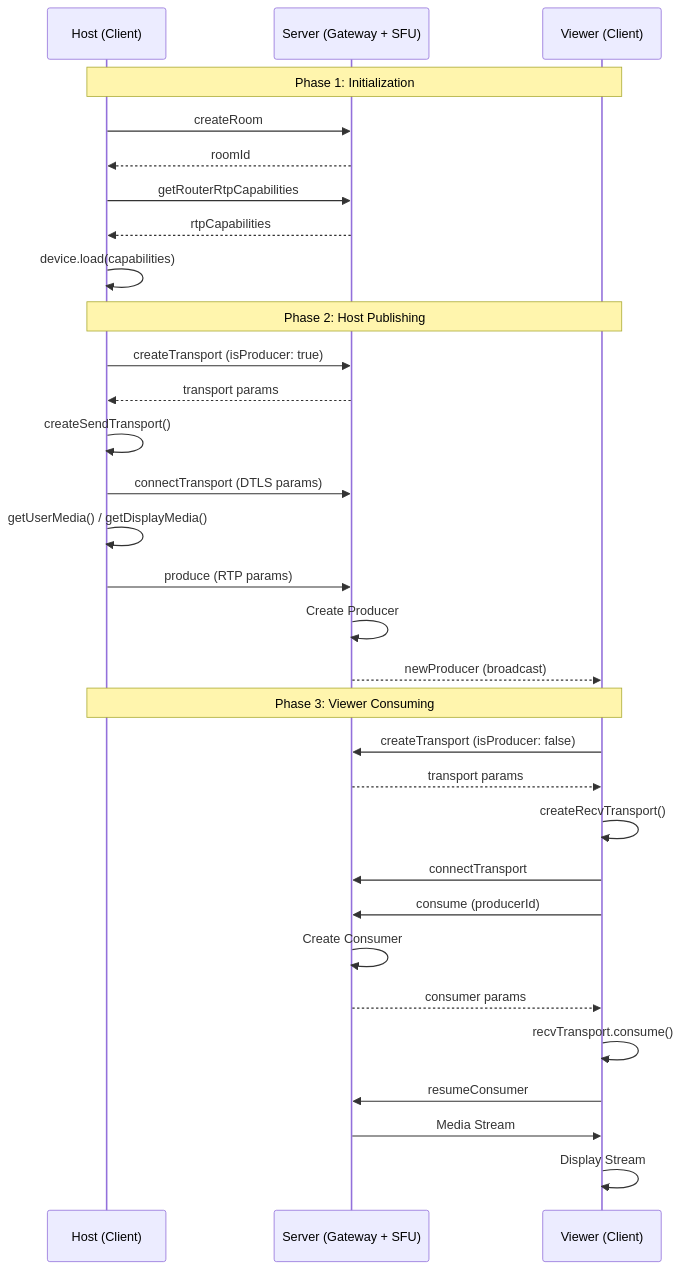
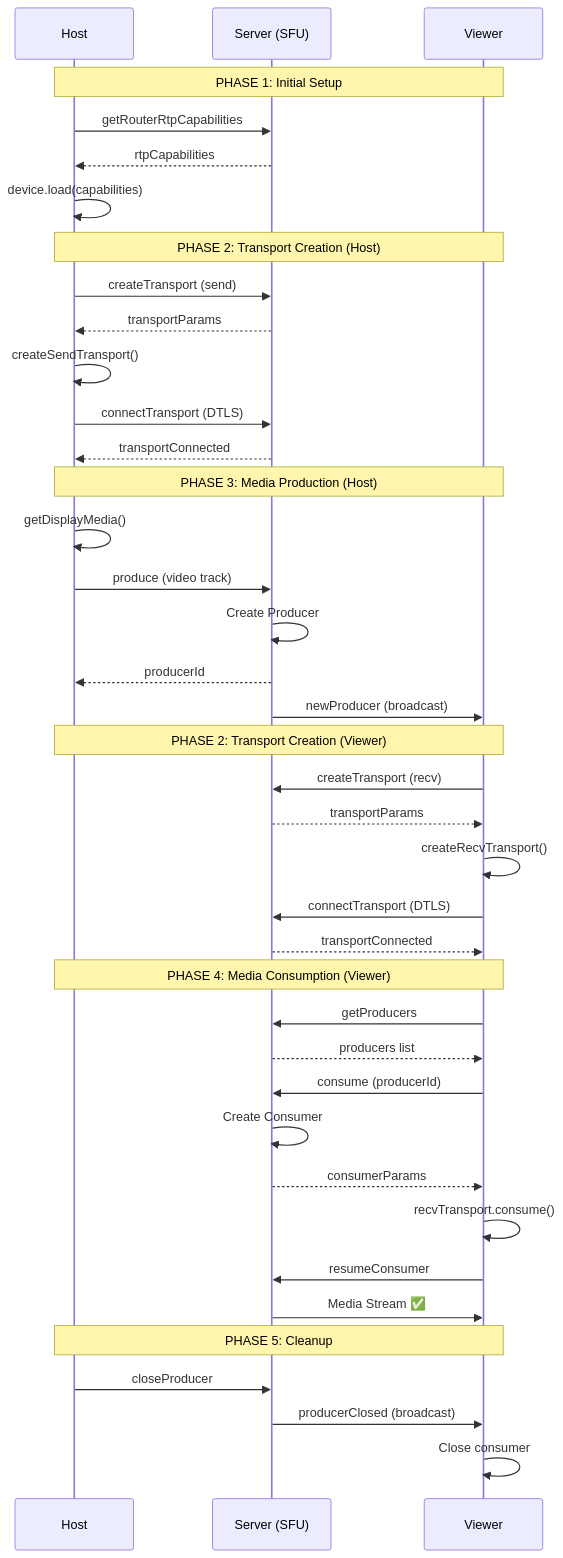
One commit to baohuy98/spin-be changed the diagram in docs/mediasoup.md. Above: the diagram before and after it, drawn with Mermaid. The commit also changed other lines of this file and 2 other files, not shown here.

Commit message:
update: add log to track workflow

````diff
--- a/docs/mediasoup.md
+++ b/docs/mediasoup.md
@@ -112,36 +500,47 @@
 ```mermaid
 sequenceDiagram
-    participant H as Host (Client)
-    participant S as Server (Gateway + SFU)
-    participant V as Viewer (Client)
-    
-    Note over H,V: Phase 1: Initialization
-    H->>S: createRoom
-    S-->>H: roomId
+    participant H as Host
+    participant S as Server (SFU)
+    participant V as Viewer
+
+    Note over H,V: PHASE 1: Initial Setup
     H->>S: getRouterRtpCapabilities
     S-->>H: rtpCapabilities
     H->>H: device.load(capabilities)
     
-    Note over H,V: Phase 2: Host Publishing
-    H->>S: createTransport (isProducer: true)
-    S-->>H: transport params
+    Note over H,V: PHASE 2: Transport Creation (Host)
+    H->>S: createTransport (send)
+    S-->>H: transportParams
     H->>H: createSendTransport()
-    H->>S: connectTransport (DTLS params)
-    H->>H: getUserMedia() / getDisplayMedia()
-    H->>S: produce (RTP params)
+    H->>S: connectTransport (DTLS)
+    S-->>H: transportConnected
+    
+    Note over H,V: PHASE 3: Media Production (Host)
+    H->>H: getDisplayMedia()
+    H->>S: produce (video track)
     S->>S: Create Producer
-    S-->>V: newProducer (broadcast)
+    S-->>H: producerId
+    S->>V: newProducer (broadcast)
     
-    Note over H,V: Phase 3: Viewer Consuming
-    V->>S: createTransport (isProducer: false)
-    S-->>V: transport params
+    Note over H,V: PHASE 2: Transport Creation (Viewer)
+    V->>S: createTransport (recv)
+    S-->>V: transportParams
     V->>V: createRecvTransport()
-    V->>S: connectTransport
+    V->>S: connectTransport (DTLS)
+    S-->>V: transportConnected
+    
+    Note over H,V: PHASE 4: Media Consumption (Viewer)
+    V->>S: getProducers
+    S-->>V: producers list
     V->>S: consume (producerId)
     S->>S: Create Consumer
-    S-->>V: consumer params
+    S-->>V: consumerParams
     V->>V: recvTransport.consume()
     V->>S: resumeConsumer
-    S->>V: Media Stream
-    V->>V: Display Stream
+    S->>V: Media Stream ✅
+    
+    Note over H,V: PHASE 5: Cleanup
+    H->>S: closeProducer
+    S->>V: producerClosed (broadcast)
+    V->>V: Close consumer
 ```
````
